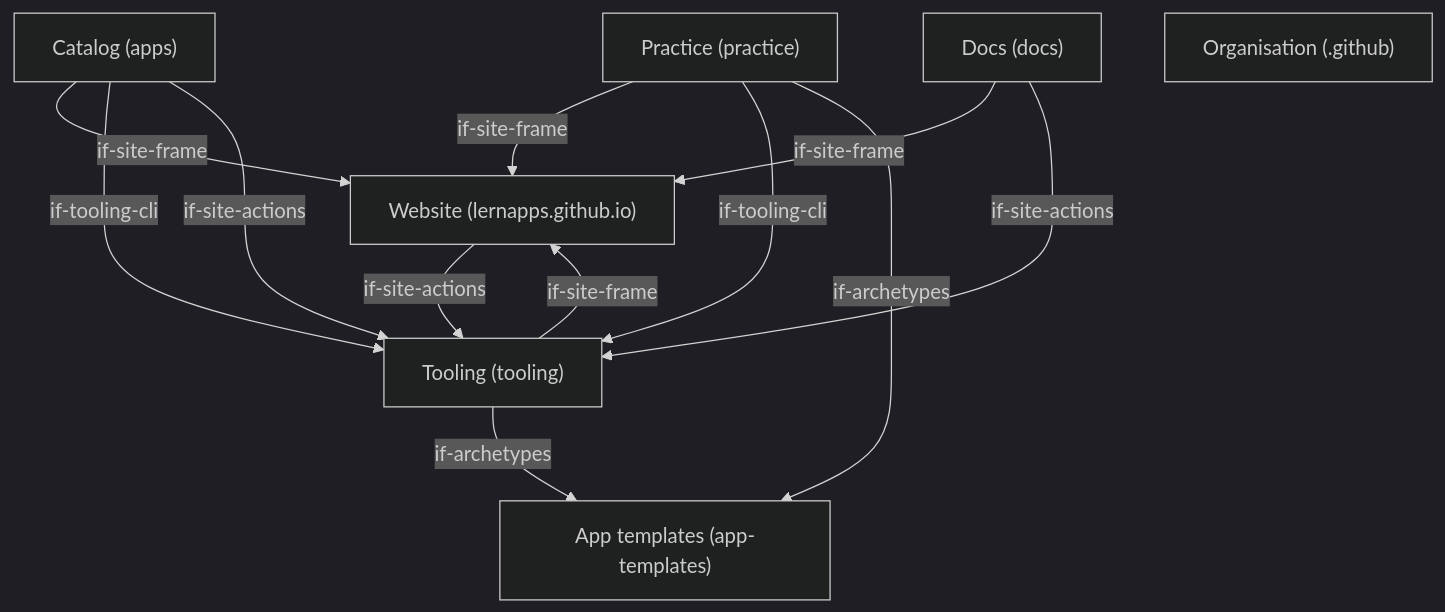
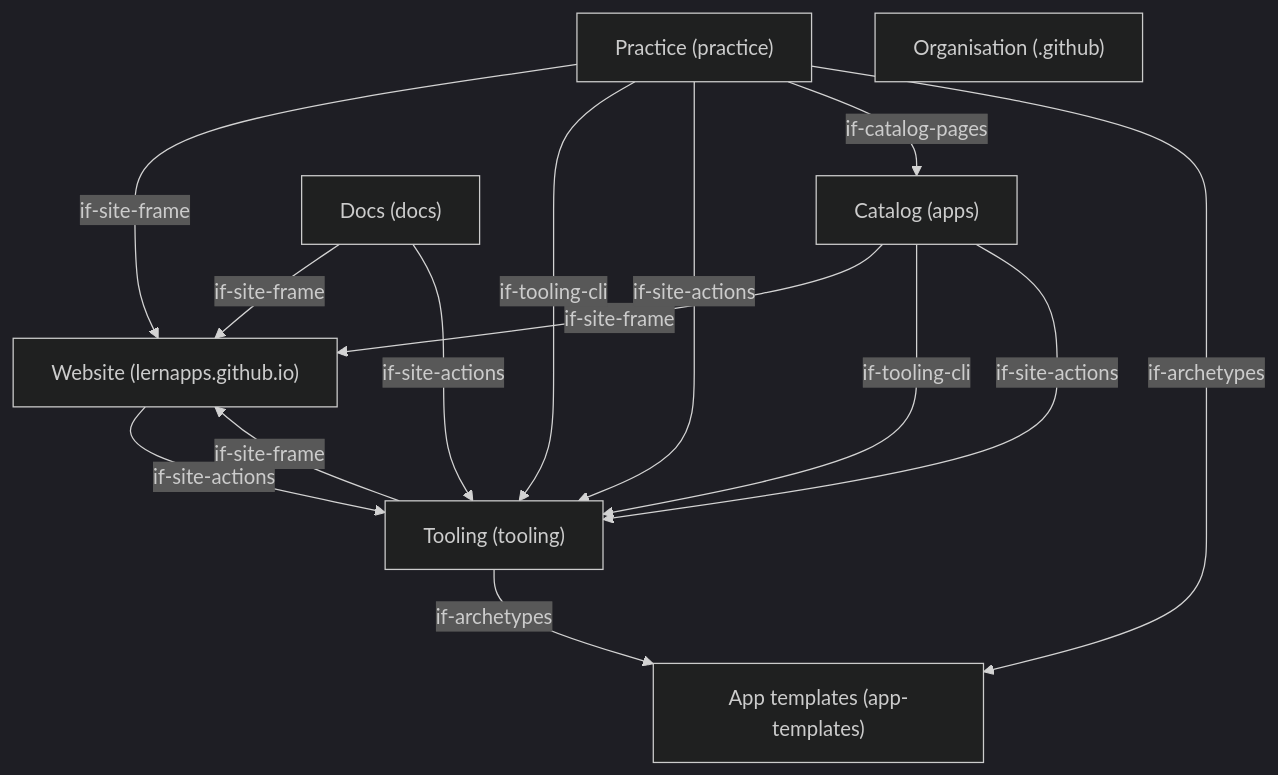
The diagram in docs/arc42/05-building-blocks.arc42.md (lernapps/docs), drawn with Mermaid (dark theme) before and after one commit. The commit also changed other lines of this file and 1 other file, not shown here.

First line of the commit message:
fix: align the outer view of practice with how previews end and what it uses

````diff
--- a/docs/arc42/05-building-blocks.arc42.md
+++ b/docs/arc42/05-building-blocks.arc42.md
@@ -18,21 +18,23 @@
 ```mermaid
 flowchart TB
     bb-website["Website (lernapps.github.io)"]
     bb-catalog["Catalog (apps)"]
     bb-tooling["Tooling (tooling)"]
     bb-app-templates["App templates (app-templates)"]
     bb-practice["Practice (practice)"]
     bb-docs["Docs (docs)"]
     bb-org["Organisation (.github)"]
     bb-catalog -->|"if-site-frame"| bb-website
     bb-tooling -->|"if-site-frame"| bb-website
     bb-docs -->|"if-site-frame"| bb-website
     bb-catalog -->|"if-tooling-cli"| bb-tooling
     bb-tooling -->|"if-archetypes"| bb-app-templates
     bb-practice -->|"if-site-frame"| bb-website
     bb-practice -->|"if-tooling-cli"| bb-tooling
+    bb-practice -->|"if-site-actions"| bb-tooling
+    bb-practice -->|"if-catalog-pages"| bb-catalog
     bb-practice -->|"if-archetypes"| bb-app-templates
     bb-website -->|"if-site-actions"| bb-tooling
     bb-catalog -->|"if-site-actions"| bb-tooling
     bb-docs -->|"if-site-actions"| bb-tooling
 ```
````
